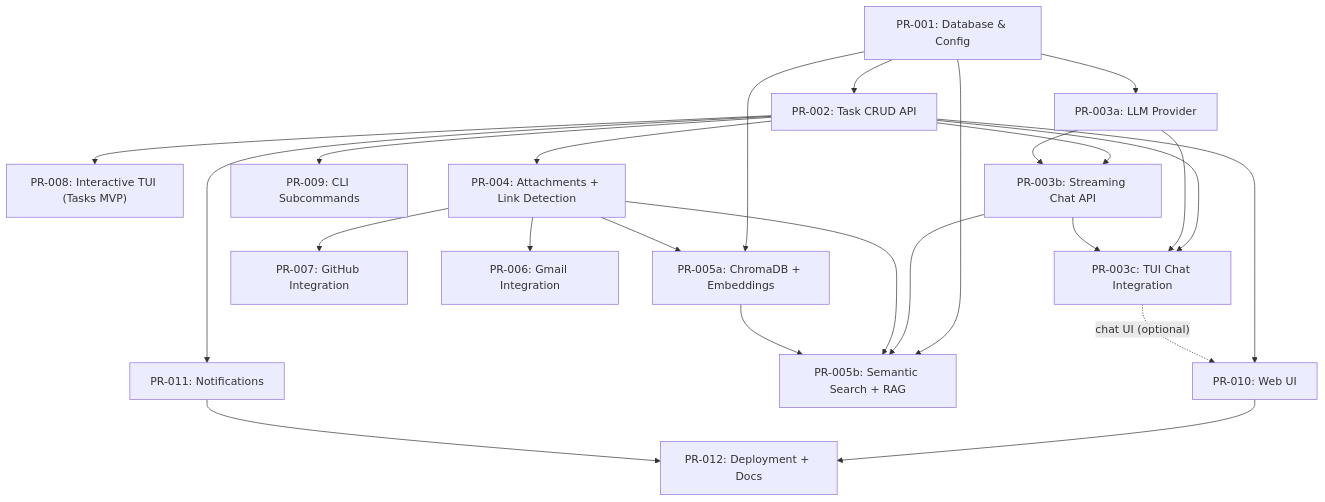
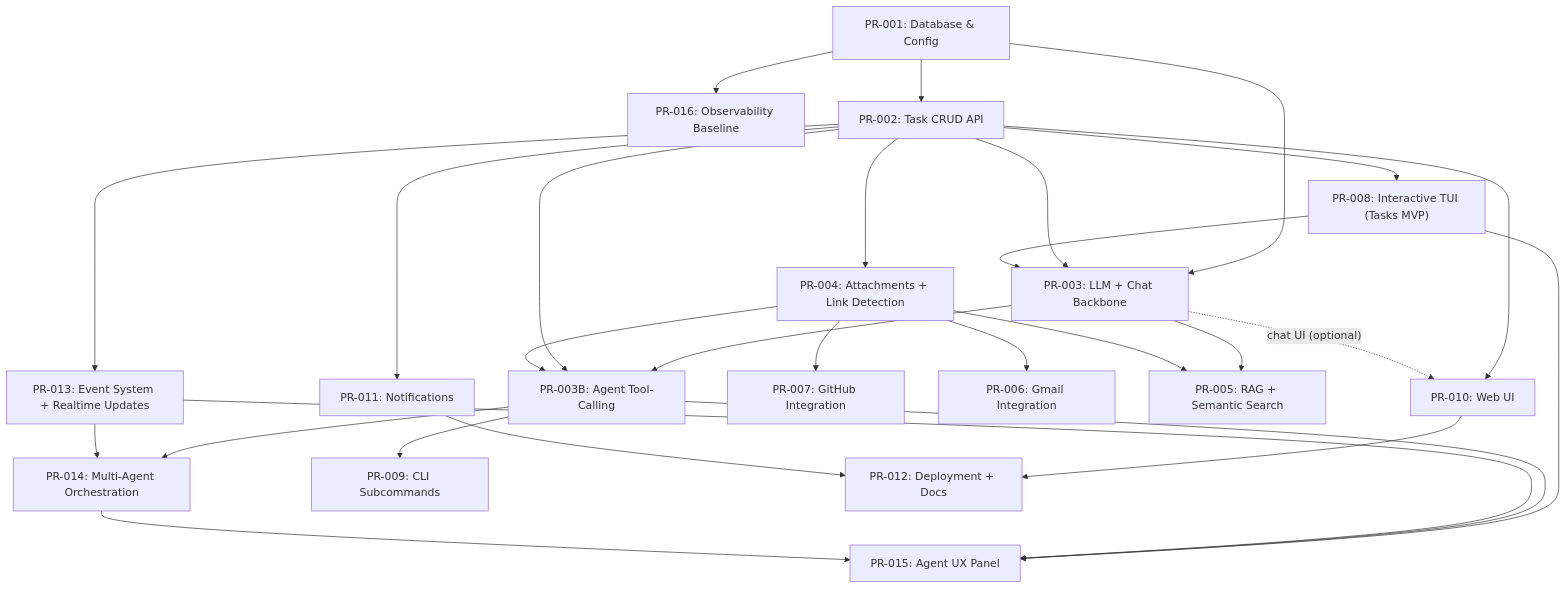
Before and after one commit to raychrisgdp/taskgenie: the first of 4 diagrams in docs/02-implementation/PR-PLANS.md, drawn with Mermaid. The commit also changed other lines of this file and 21 other files, not shown here.

````diff
--- a/docs/02-implementation/PR-PLANS.md
+++ b/docs/02-implementation/PR-PLANS.md
@@ -58,42 +68,48 @@
 ```mermaid
 flowchart TD
   PR001["PR-001: Database & Config"]
+  PR016["PR-016: Observability Baseline"]
   PR002["PR-002: Task CRUD API"]
   PR008["PR-008: Interactive TUI (Tasks MVP)"]
-  PR003a["PR-003a: LLM Provider"]
-  PR003b["PR-003b: Streaming Chat API"]
-  PR003c["PR-003c: TUI Chat Integration"]
-  PR009["PR-009: CLI Subcommands"]
+  PR003["PR-003: LLM + Chat Backbone"]
   PR004["PR-004: Attachments + Link Detection"]
+  PR013["PR-013: Event System + Realtime Updates"]
+  PR003B["PR-003B: Agent Tool-Calling"]
   PR011["PR-011: Notifications"]
   PR007["PR-007: GitHub Integration"]
   PR006["PR-006: Gmail Integration"]
-  PR005a["PR-005a: ChromaDB + Embeddings"]
-  PR005b["PR-005b: Semantic Search + RAG"]
+  PR005["PR-005: RAG + Semantic Search"]
+  PR014["PR-014: Multi-Agent Orchestration"]
+  PR015["PR-015: Agent UX Panel"]
+  PR009["PR-009: CLI Subcommands"]
   PR010["PR-010: Web UI"]
   PR012["PR-012: Deployment + Docs"]
 
+  PR001 --> PR016
   PR001 --> PR002
   PR002 --> PR008
-  PR001 --> PR003a
-  PR002 --> PR003b
-  PR003a --> PR003b
-  PR002 --> PR003c
-  PR003a --> PR003c
-  PR003b --> PR003c
-  PR002 --> PR009
+  PR001 --> PR003
+  PR002 --> PR003
+  PR008 --> PR003
   PR002 --> PR004
+  PR002 --> PR013
+  PR003 --> PR003B
+  PR002 --> PR003B
+  PR004 --> PR003B
   PR004 --> PR007
   PR004 --> PR006
-  PR001 --> PR005a
-  PR004 --> PR005a
+  PR003 --> PR005
+  PR004 --> PR005
   PR002 --> PR011
-  PR001 --> PR005b
-  PR003b --> PR005b
-  PR004 --> PR005b
-  PR005a --> PR005b
+  PR003B --> PR014
+  PR013 --> PR014
+  PR008 --> PR015
+  PR003B --> PR015
+  PR013 --> PR015
+  PR014 --> PR015
+  PR003B --> PR009
   PR002 --> PR010
-  PR003c -. "chat UI (optional)" .-> PR010
+  PR003 -. "chat UI (optional)" .-> PR010
   PR010 --> PR012
   PR011 --> PR012
 ```
````
